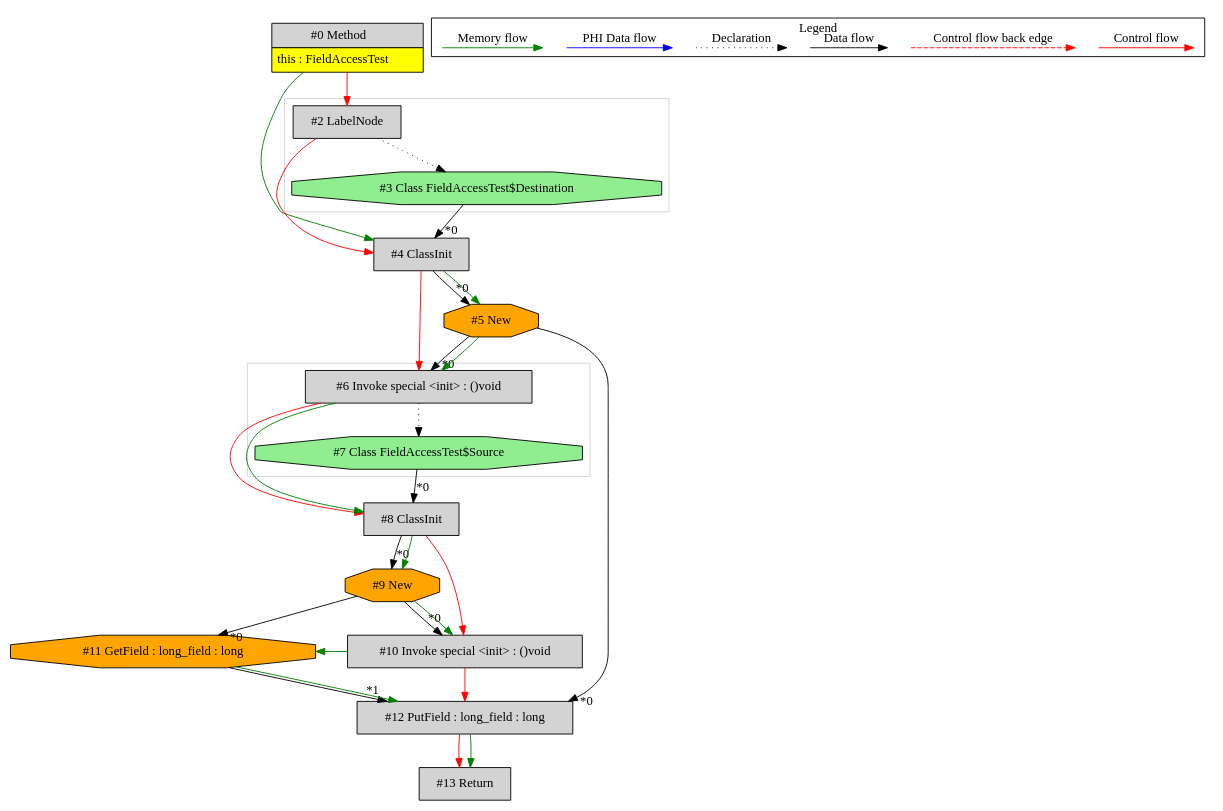
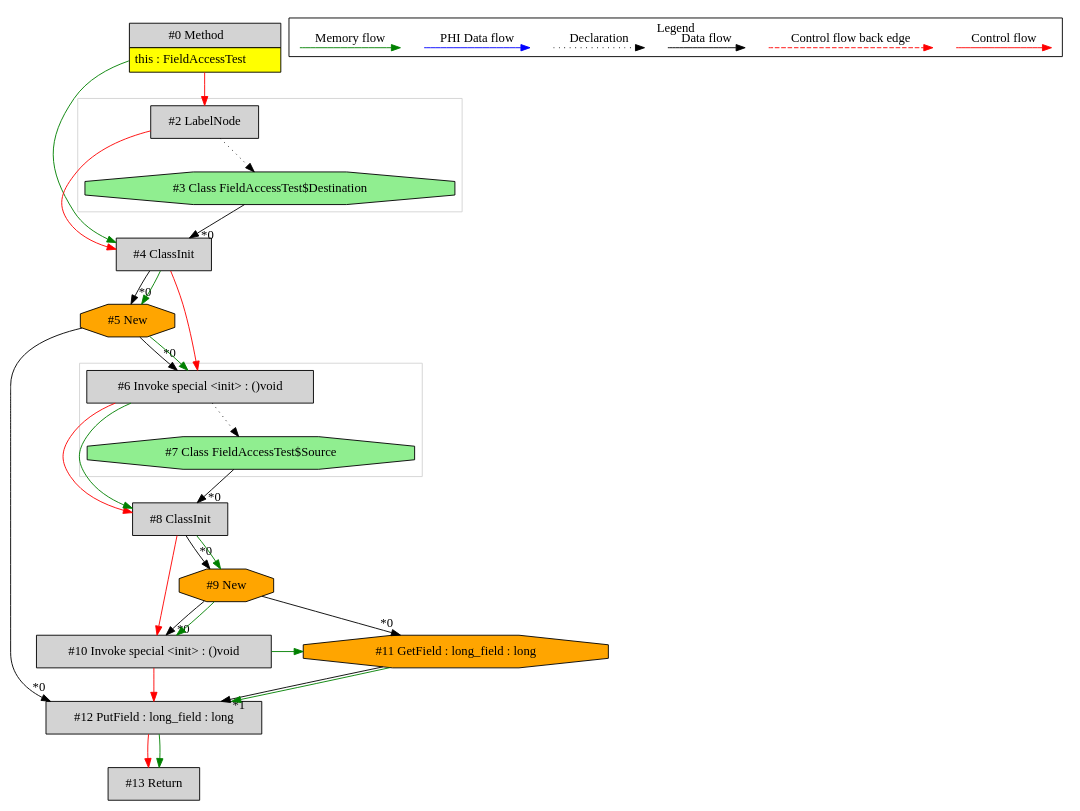
Before and after one commit to mirkosertic/MetaIR: the diagram in de.mirkosertic.metair.ir.examples.FieldAccessTest/copy_long/ir.dot, drawn with Graphviz. The commit also changed other lines of this file and 610 other files, not shown here.

```diff
--- a/de.mirkosertic.metair.ir.examples.FieldAccessTest/copy_long/ir.dot
+++ b/de.mirkosertic.metair.ir.examples.FieldAccessTest/copy_long/ir.dot
@@ -1,79 +1,79 @@
 digraph {
  ordering="in";
  node0[margin="0", label=<<table border="0" cellborder="1" cellspacing="0" cellpadding="5"><tr><td colspan="1">#0 Method</td></tr><tr><td port="prj1" bgcolor="yellow">this : FieldAccessTest</td></tr></table>>,shape=none, fillcolor=lightgrey, style=filled];
  node4[label="#4 ClassInit",shape=box, fillcolor=lightgrey, style=filled];
  node3 -> node4[headlabel="*0", labeldistance=2];
  node2 -> node4[labeldistance=2, color=red, fontcolor=red];
  node0 -> node4[labeldistance=2, color=green, constraint=false];
  node2[label="#2 LabelNode",shape=box, fillcolor=lightgrey, style=filled];
  node0 -> node2[labeldistance=2, color=red, fontcolor=red];
  node3[label="#3 Class FieldAccessTest$Destination",shape=octagon, fillcolor=lightgreen, style=filled];
  node2 -> node3[style=dotted];
+ node5[label="#5 New",shape=octagon, fillcolor=orange, style=filled];
+ node4 -> node5[headlabel="*0", labeldistance=2];
+ node4 -> node5[labeldistance=2, color=green, constraint=false];
  node6[label="#6 Invoke special <init> : ()void",shape=box, fillcolor=lightgrey, style=filled];
  node5 -> node6[headlabel="*0", labeldistance=2];
  node4 -> node6[labeldistance=2, color=red, fontcolor=red];
  node5 -> node6[labeldistance=2, color=green, constraint=false];
- node5[label="#5 New",shape=octagon, fillcolor=orange, style=filled];
- node4 -> node5[headlabel="*0", labeldistance=2];
- node4 -> node5[labeldistance=2, color=green, constraint=false];
- node12[label="#12 PutField : long_field : long",shape=box, fillcolor=lightgrey, style=filled];
- node5 -> node12[headlabel="*0", labeldistance=2];
- node11 -> node12[headlabel="*1", labeldistance=2];
- node11 -> node12[labeldistance=2, color=green, constraint=false];
- node10 -> node12[labeldistance=2, color=red, fontcolor=red];
- node10[label="#10 Invoke special <init> : ()void",shape=box, fillcolor=lightgrey, style=filled];
- node9 -> node10[headlabel="*0", labeldistance=2];
- node8 -> node10[labeldistance=2, color=red, fontcolor=red];
- node9 -> node10[labeldistance=2, color=green, constraint=false];
- node9[label="#9 New",shape=octagon, fillcolor=orange, style=filled];
- node8 -> node9[headlabel="*0", labeldistance=2];
- node8 -> node9[labeldistance=2, color=green, constraint=false];
  node8[label="#8 ClassInit",shape=box, fillcolor=lightgrey, style=filled];
  node7 -> node8[headlabel="*0", labeldistance=2];
  node6 -> node8[labeldistance=2, color=red, fontcolor=red];
  node6 -> node8[labeldistance=2, color=green, constraint=false];
  node7[label="#7 Class FieldAccessTest$Source",shape=octagon, fillcolor=lightgreen, style=filled];
  node6 -> node7[style=dotted];
+ node9[label="#9 New",shape=octagon, fillcolor=orange, style=filled];
+ node8 -> node9[headlabel="*0", labeldistance=2];
+ node8 -> node9[labeldistance=2, color=green, constraint=false];
+ node10[label="#10 Invoke special <init> : ()void",shape=box, fillcolor=lightgrey, style=filled];
+ node9 -> node10[headlabel="*0", labeldistance=2];
+ node8 -> node10[labeldistance=2, color=red, fontcolor=red];
+ node9 -> node10[labeldistance=2, color=green, constraint=false];
  node11[label="#11 GetField : long_field : long",shape=octagon, fillcolor=orange, style=filled];
  node9 -> node11[headlabel="*0", labeldistance=2];
  node10 -> node11[labeldistance=2, color=green, constraint=false];
+ node12[label="#12 PutField : long_field : long",shape=box, fillcolor=lightgrey, style=filled];
+ node5 -> node12[headlabel="*0", labeldistance=2];
+ node11 -> node12[headlabel="*1", labeldistance=2];
+ node11 -> node12[labeldistance=2, color=green, constraint=false];
+ node10 -> node12[labeldistance=2, color=red, fontcolor=red];
  node13[label="#13 Return",shape=box, fillcolor=lightgrey, style=filled];
  node12 -> node13[labeldistance=2, color=red, fontcolor=red];
  node12 -> node13[labeldistance=2, color=green, constraint=false];
  subgraph cluster_0 {
   color=lightgray;
   node2;
   node3;
  }
  subgraph cluster_1 {
   color=lightgray;
   node6;
   node7;
  }
  subgraph cluster_000 {
   label = "Legend";
   node [shape=point]
   {
    rank=same;
    c0 [style = invis];
    c1 [style = invis];
    c2 [style = invis];
    c3 [style = invis];
    d0 [style = invis];
    d1 [style = invis];
    d2 [style = invis];
    d3 [style = invis];
    d4 [style = invis];
    d5 [style = invis];
    d6 [style = invis];
    d7 [style = invis];
   }
   c0 -> c1 [label="Control flow", style=solid, color=red]
   c2 -> c3 [label="Control flow back edge", style=dashed, color=red]
   d0 -> d1 [label="Data flow"]
   d2 -> d3 [label="Declaration", style=dotted]
   d4 -> d5 [label="PHI Data flow", color=blue]
   d6 -> d7 [label="Memory flow", color=green]
  }
 
 }
```
